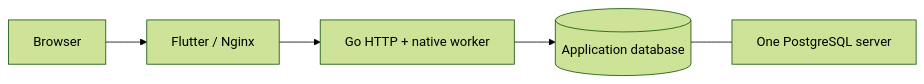
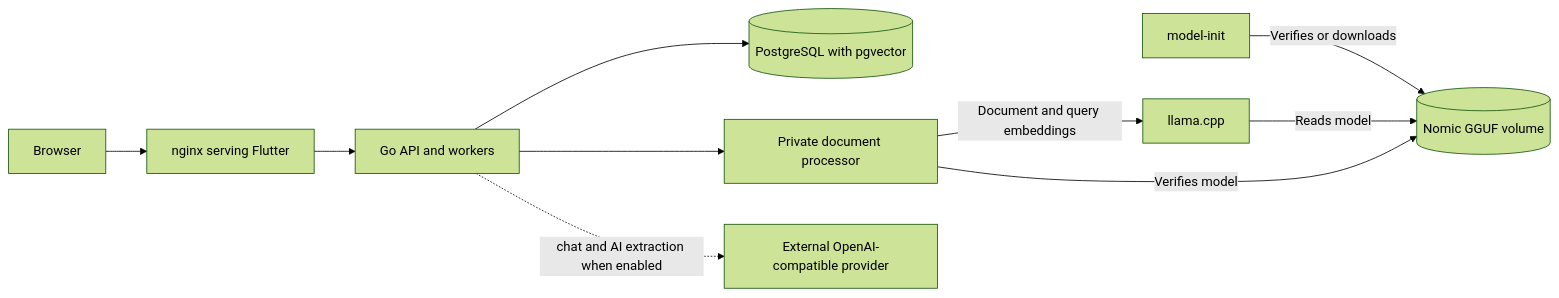
The diagram in docs/development/compose.md (saschTa/domabas), drawn with Mermaid (forest theme) before and after one commit. The commit also changed 3 other files, not shown here.

````diff
--- a/docs/development/compose.md
+++ b/docs/development/compose.md
@@ -34,7 +34,12 @@
 ```mermaid
 flowchart LR
-  Browser --> Web[Flutter / Nginx]
-  Web --> Go[Go HTTP + native worker]
-  Go --> AppDB[(Application database)]
-  AppDB --- PG[One PostgreSQL server]
+  Browser --> Web[nginx serving Flutter]
+  Web --> Go[Go API and workers]
+  Go --> PG[(PostgreSQL with pgvector)]
+  Go --> Processor[Private document processor]
+  Processor -->|Document and query embeddings| Embeddings[llama.cpp]
+  Go -. chat and AI extraction when enabled .-> Provider[External OpenAI-compatible provider]
+  Init[model-init] -->|Verifies or downloads| Cache[(Nomic GGUF volume)]
+  Embeddings -->|Reads model| Cache
+  Processor -->|Verifies model| Cache
 ```
````
